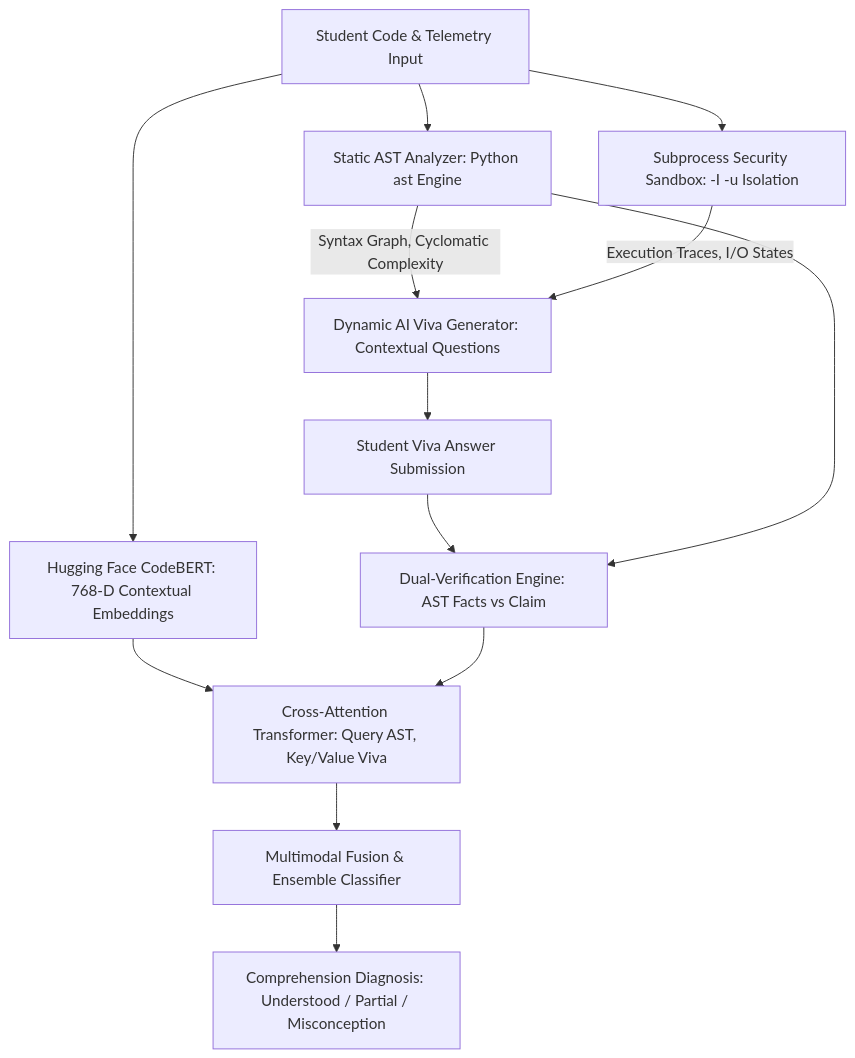
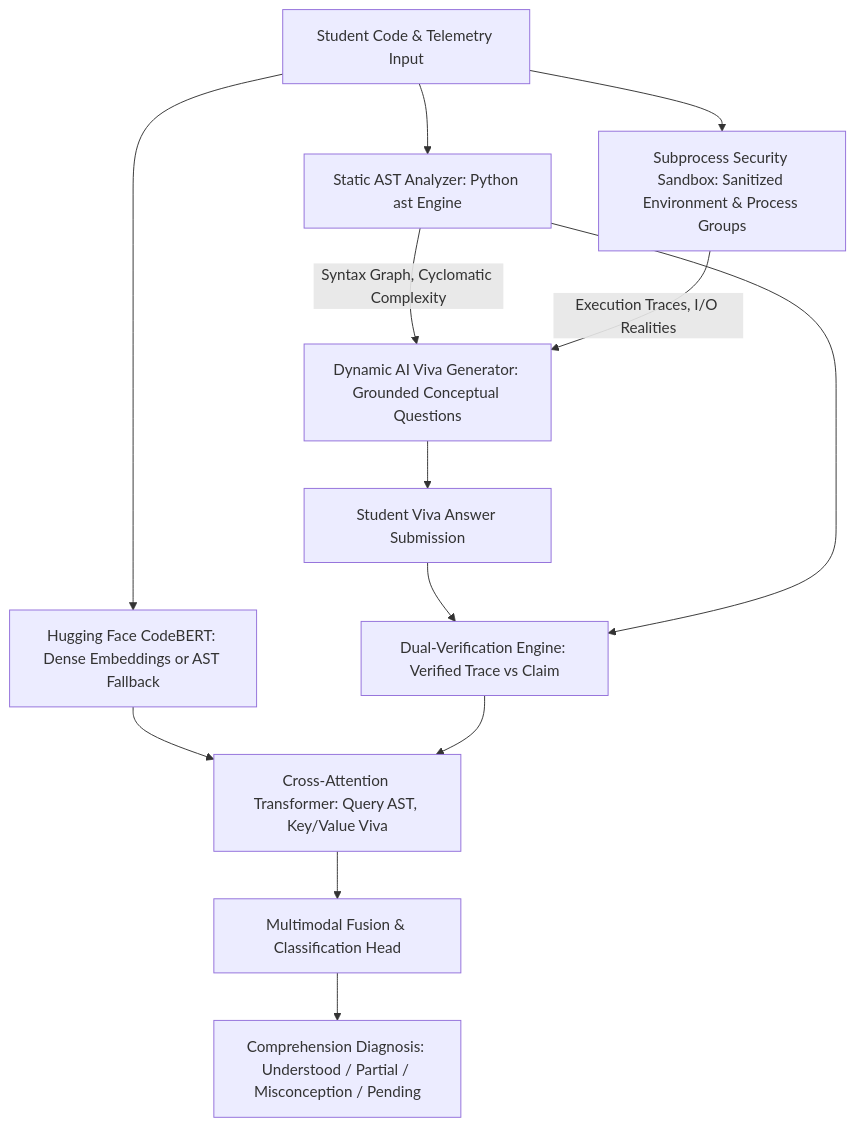
The first of 2 diagrams in README.md (arnav-bansal-20/deepmisconception), drawn with Mermaid before and after one commit. The commit also changed other lines of this file and 26 other files, not shown here.

Commit message:
fix(core): complete ML validation, process group sandbox, and pending evidence classification

````diff
--- a/README.md
+++ b/README.md
@@ -35,26 +33,26 @@
 ```mermaid
 graph TD
     STUDENT[Student Code & Telemetry Input]
     AST[Static AST Analyzer: Python ast Engine]
-    BOX[Subprocess Security Sandbox: -I -u Isolation]
-    VIVA[Dynamic AI Viva Generator: Contextual Questions]
+    BOX[Subprocess Security Sandbox: Sanitized Environment & Process Groups]
+    VIVA[Dynamic AI Viva Generator: Grounded Conceptual Questions]
     ANS[Student Viva Answer Submission]
-    DUAL[Dual-Verification Engine: AST Facts vs Claim]
-    BERT[Hugging Face CodeBERT: 768-D Contextual Embeddings]
+    DUAL[Dual-Verification Engine: Verified Trace vs Claim]
+    BERT[Hugging Face CodeBERT: Dense Embeddings or AST Fallback]
     CROSS[Cross-Attention Transformer: Query AST, Key/Value Viva]
-    FUSE[Multimodal Fusion & Ensemble Classifier]
-    DIAG[Comprehension Diagnosis: Understood / Partial / Misconception]
+    FUSE[Multimodal Fusion & Classification Head]
+    DIAG[Comprehension Diagnosis: Understood / Partial / Misconception / Pending]
 
     STUDENT --> AST
     STUDENT --> BOX
     AST -->|Syntax Graph, Cyclomatic Complexity| VIVA
-    BOX -->|Execution Traces, I/O States| VIVA
+    BOX -->|Execution Traces, I/O Realities| VIVA
     VIVA --> ANS
     ANS --> DUAL
     AST --> DUAL
     STUDENT --> BERT
     BERT --> CROSS
     DUAL --> CROSS
     CROSS --> FUSE
     FUSE --> DIAG
 ```
````
